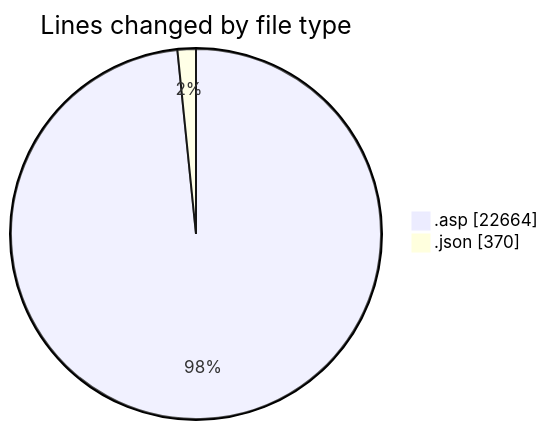
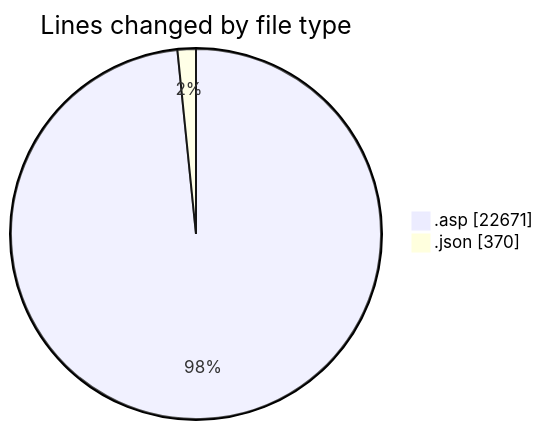
One commit to julien-gomy/code-tracking changed the first of 2 diagrams in 2025-11-01/cdp_aleoudev_fr__workspace_/README.md. Above: the diagram before and after it, drawn with Mermaid. The commit also changed other lines of this file and 1 other file, not shown here.

````diff
--- a/2025-11-01/cdp_aleoudev_fr__workspace_/README.md
+++ b/2025-11-01/cdp_aleoudev_fr__workspace_/README.md
@@ -29,6 +29,6 @@
 ```mermaid
 pie showData
 title Lines changed by file type
-".asp" : 22664
+".asp" : 22671
 ".json" : 370
 ```
````
